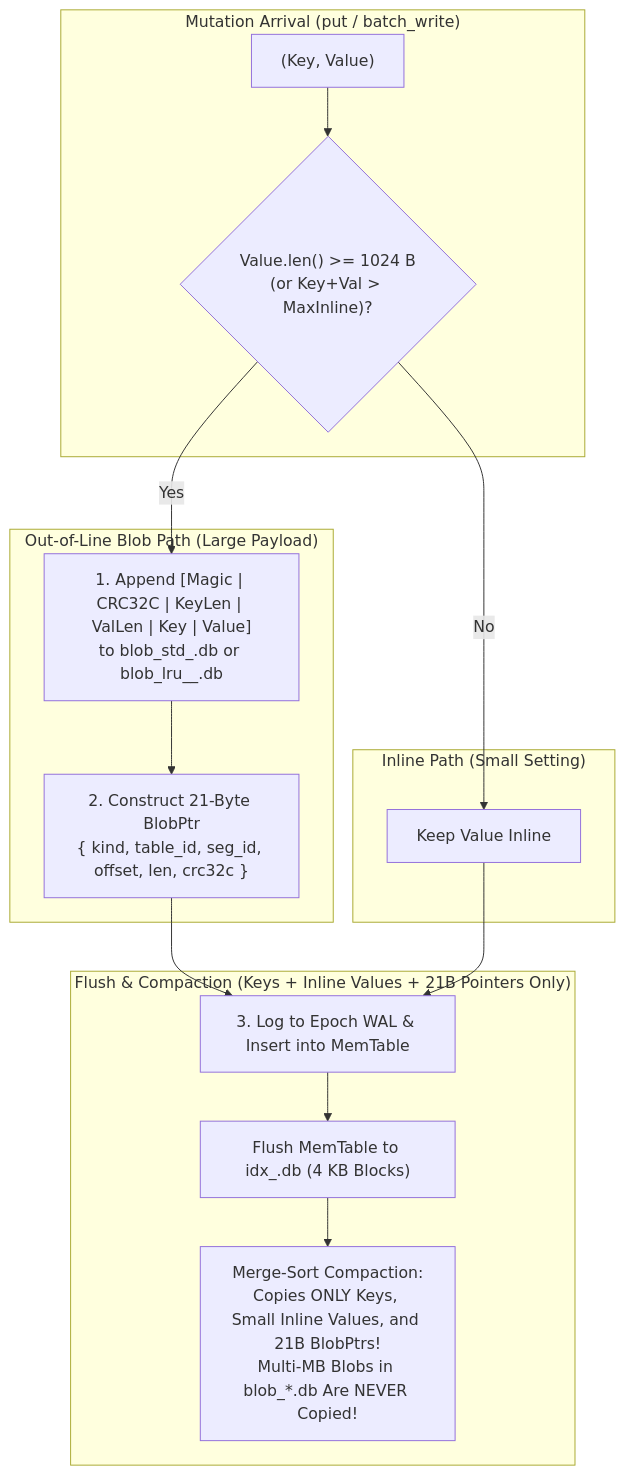
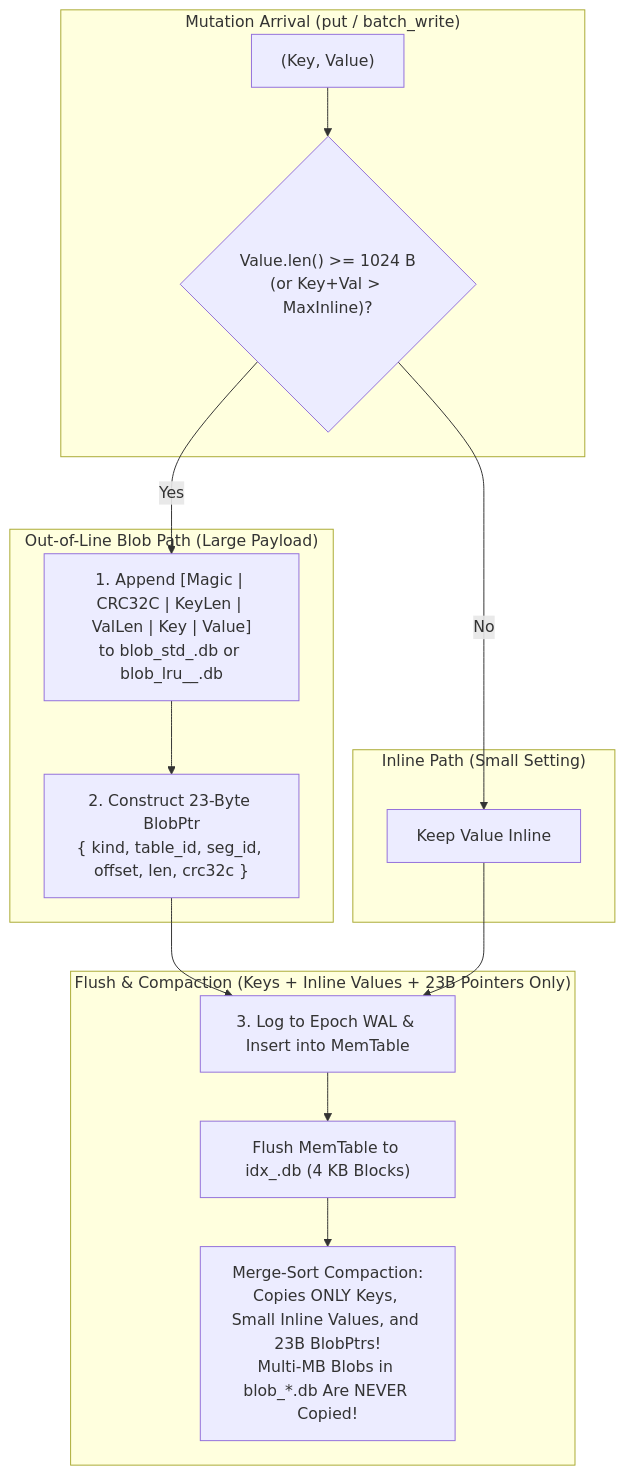
One commit to toyoshim-i/aydb changed the diagram in docs/phase1/04_WISCKEY_AND_SEGMENTS.md. Above: the diagram before and after it, drawn with Mermaid. The commit also changed other lines of this file and 7 other files, not shown here.

First line of the commit message:
feat(index): implement WiscKey blob separation, 4KB SSTables, and compaction

````diff
--- a/docs/phase1/04_WISCKEY_AND_SEGMENTS.md
+++ b/docs/phase1/04_WISCKEY_AND_SEGMENTS.md
@@ -13,23 +13,23 @@
 ```mermaid
 flowchart TB
     subgraph Write["Mutation Arrival (put / batch_write)"]
         KV["(Key, Value)"] --> SizeCheck{"Value.len() >= 1024 B<br/>(or Key+Val > MaxInline)?"}
     end
 
     subgraph OutOfLine["Out-of-Line Blob Path (Large Payload)"]
         SizeCheck -->|"Yes"| AppendBlob["1. Append [Magic | CRC32C | KeyLen | ValLen | Key | Value]<br/>to blob_std_<SeqID>.db or blob_lru_<TblID>_<SeqID>.db"]
-        AppendBlob --> MakePtr["2. Construct 21-Byte BlobPtr<br/>{ kind, table_id, seg_id, offset, len, crc32c }"]
+        AppendBlob --> MakePtr["2. Construct 23-Byte BlobPtr<br/>{ kind, table_id, seg_id, offset, len, crc32c }"]
     end
 
     subgraph InlinePath["Inline Path (Small Setting)"]
         SizeCheck -->|"No"| MakeInline["Keep Value Inline"]
     end
 
     MakePtr --> WAL["3. Log to Epoch WAL & Insert into MemTable"]
     MakeInline --> WAL
 
-    subgraph FlushCompact["Flush & Compaction (Keys + Inline Values + 21B Pointers Only)"]
+    subgraph FlushCompact["Flush & Compaction (Keys + Inline Values + 23B Pointers Only)"]
         WAL --> Flush["Flush MemTable to idx_<SeqID>.db (4 KB Blocks)"]
-        Flush --> Compact["Merge-Sort Compaction:<br/>Copies ONLY Keys, Small Inline Values, and 21B BlobPtrs!<br/>Multi-MB Blobs in blob_*.db Are NEVER Copied!"]
+        Flush --> Compact["Merge-Sort Compaction:<br/>Copies ONLY Keys, Small Inline Values, and 23B BlobPtrs!<br/>Multi-MB Blobs in blob_*.db Are NEVER Copied!"]
     end
 ```
````
